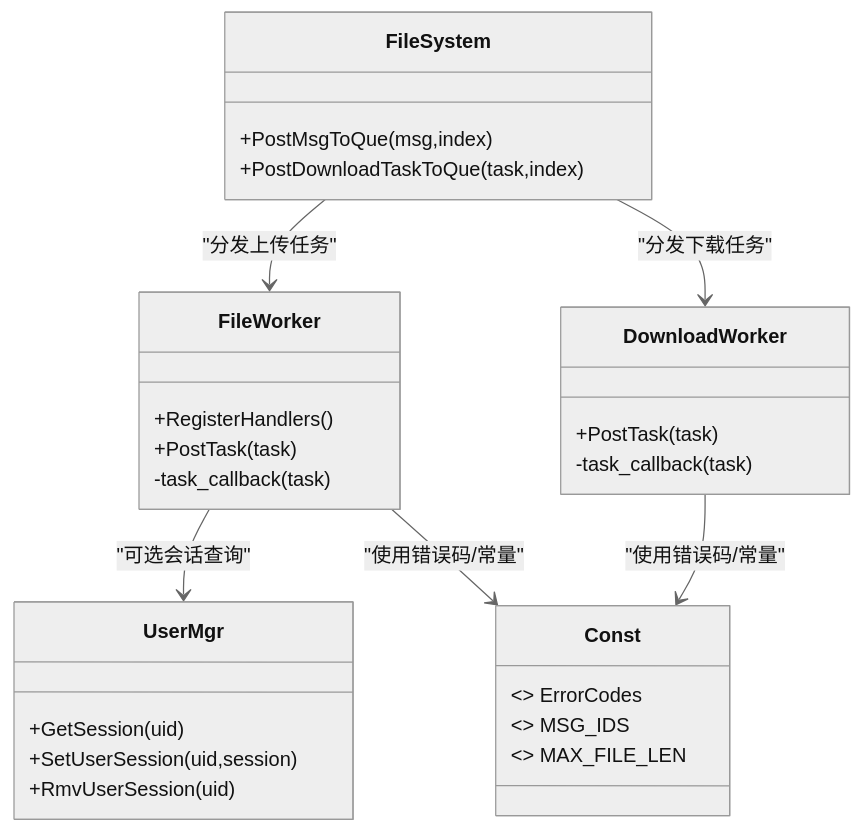
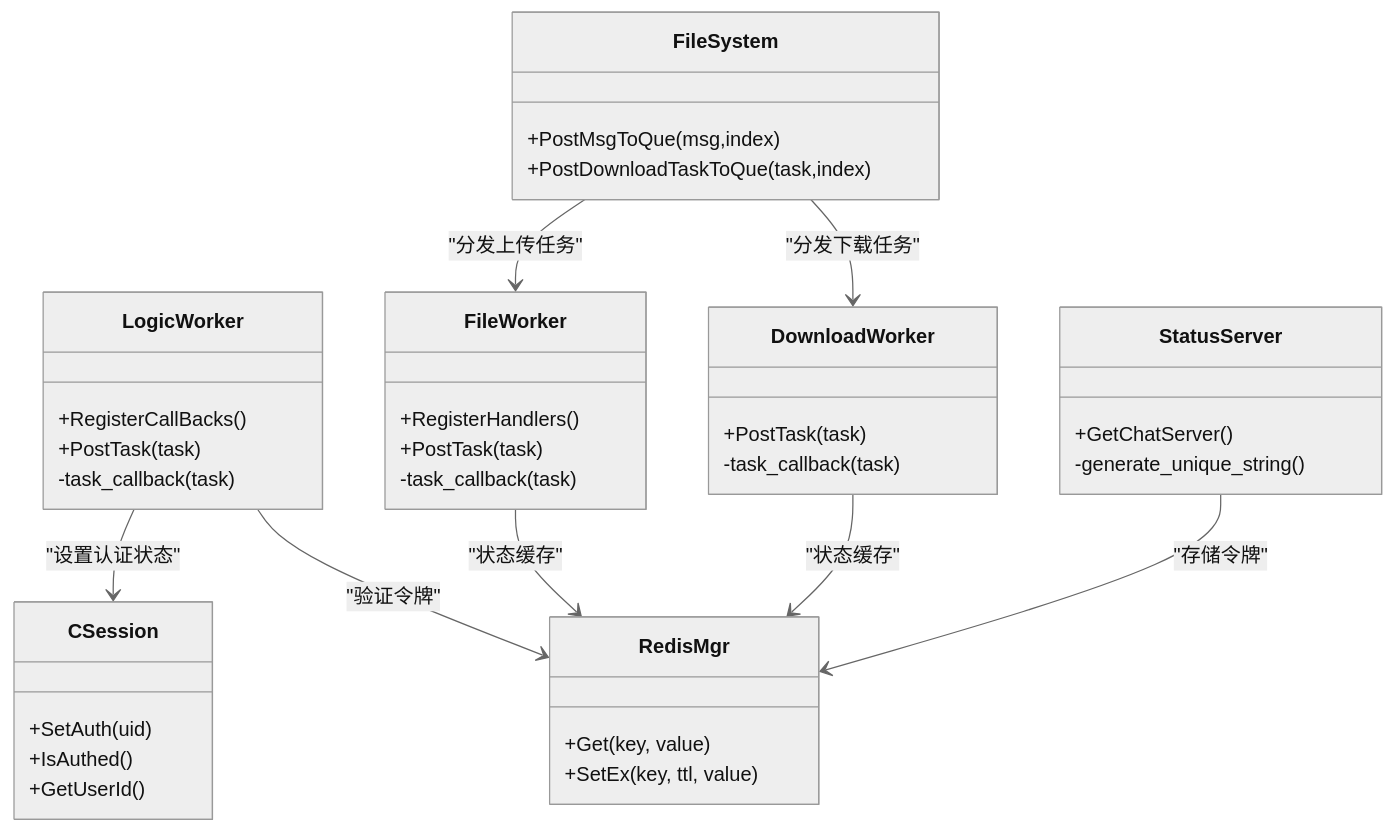
One commit to echo9923/mychatter changed the seventh of 7 diagrams in .qoder/repowiki/zh/content/服务端开发/ResourceServer资源存储服务/安全验证机制.md. Above: the diagram before and after it, drawn with Mermaid (neutral theme). The commit also changed other lines of this file and 58 other files, not shown here.

````diff
--- a/.qoder/repowiki/zh/content/服务端开发/ResourceServer资源存储服务/安全验证机制.md
+++ b/.qoder/repowiki/zh/content/服务端开发/ResourceServer资源存储服务/安全验证机制.md
@@ -286,31 +392,41 @@
 ```mermaid
 classDiagram
+class LogicWorker {
++RegisterCallBacks()
++PostTask(task)
+-task_callback(task)
+}
+class CSession {
++SetAuth(uid)
++IsAuthed()
++GetUserId()
+}
 class FileSystem {
 +PostMsgToQue(msg,index)
 +PostDownloadTaskToQue(task,index)
 }
 class FileWorker {
 +RegisterHandlers()
 +PostTask(task)
 -task_callback(task)
 }
 class DownloadWorker {
 +PostTask(task)
 -task_callback(task)
 }
-class UserMgr {
-+GetSession(uid)
-+SetUserSession(uid,session)
-+RmvUserSession(uid)
+class StatusServer {
++GetChatServer()
+-generate_unique_string()
 }
-class Const {
-<<enum>> ErrorCodes
-<<enum>> MSG_IDS
-<<const>> MAX_FILE_LEN
+class RedisMgr {
++Get(key, value)
++SetEx(key, ttl, value)
 }
+LogicWorker --> CSession : "设置认证状态"
+LogicWorker --> RedisMgr : "验证令牌"
 FileSystem --> FileWorker : "分发上传任务"
 FileSystem --> DownloadWorker : "分发下载任务"
-FileWorker --> UserMgr : "可选会话查询"
-FileWorker --> Const : "使用错误码/常量"
-DownloadWorker --> Const : "使用错误码/常量"
+StatusServer --> RedisMgr : "存储令牌"
+FileWorker --> RedisMgr : "状态缓存"
+DownloadWorker --> RedisMgr : "状态缓存"
 ```
````
